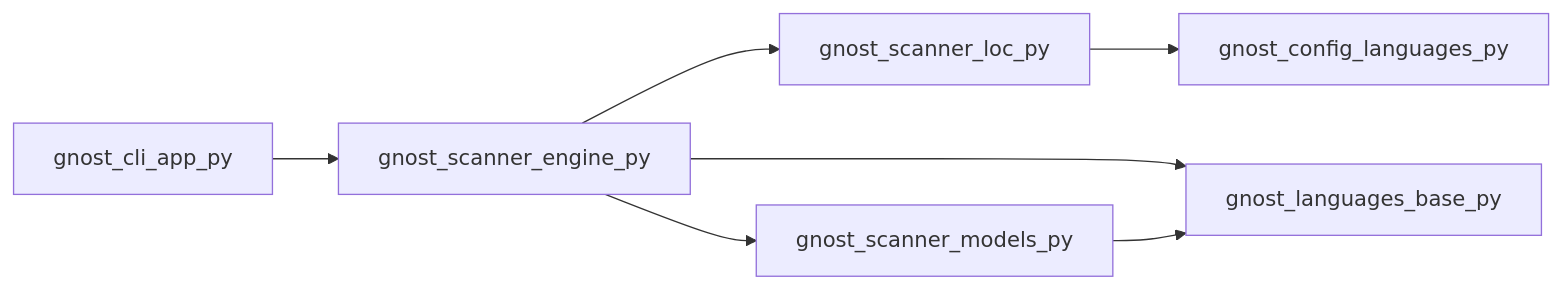
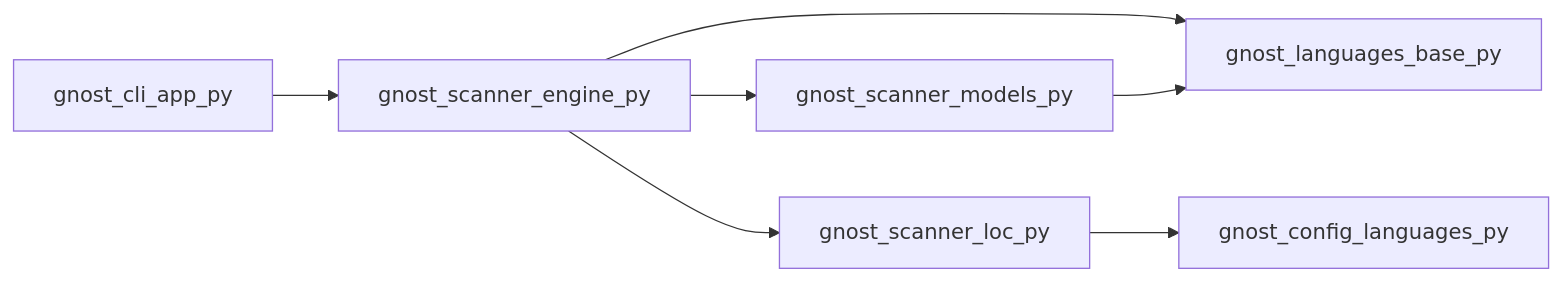
One commit to mohdzain98/gnost changed diagram 14 of 26 in flow/folder-paths.md. Above: the diagram before and after it, drawn with Mermaid. The commit also changed other lines of this file and 6 other files, not shown here.

````diff
--- a/flow/folder-paths.md
+++ b/flow/folder-paths.md
@@ -515,9 +515,9 @@
 ```mermaid
 flowchart LR
-  gnost_scanner_engine_py --> gnost_scanner_loc_py
   gnost_scanner_engine_py --> gnost_languages_base_py
   gnost_scanner_models_py --> gnost_languages_base_py
   gnost_scanner_loc_py --> gnost_config_languages_py
+  gnost_scanner_engine_py --> gnost_scanner_loc_py
   gnost_scanner_engine_py --> gnost_scanner_models_py
   gnost_cli_app_py --> gnost_scanner_engine_py
 ```
````
